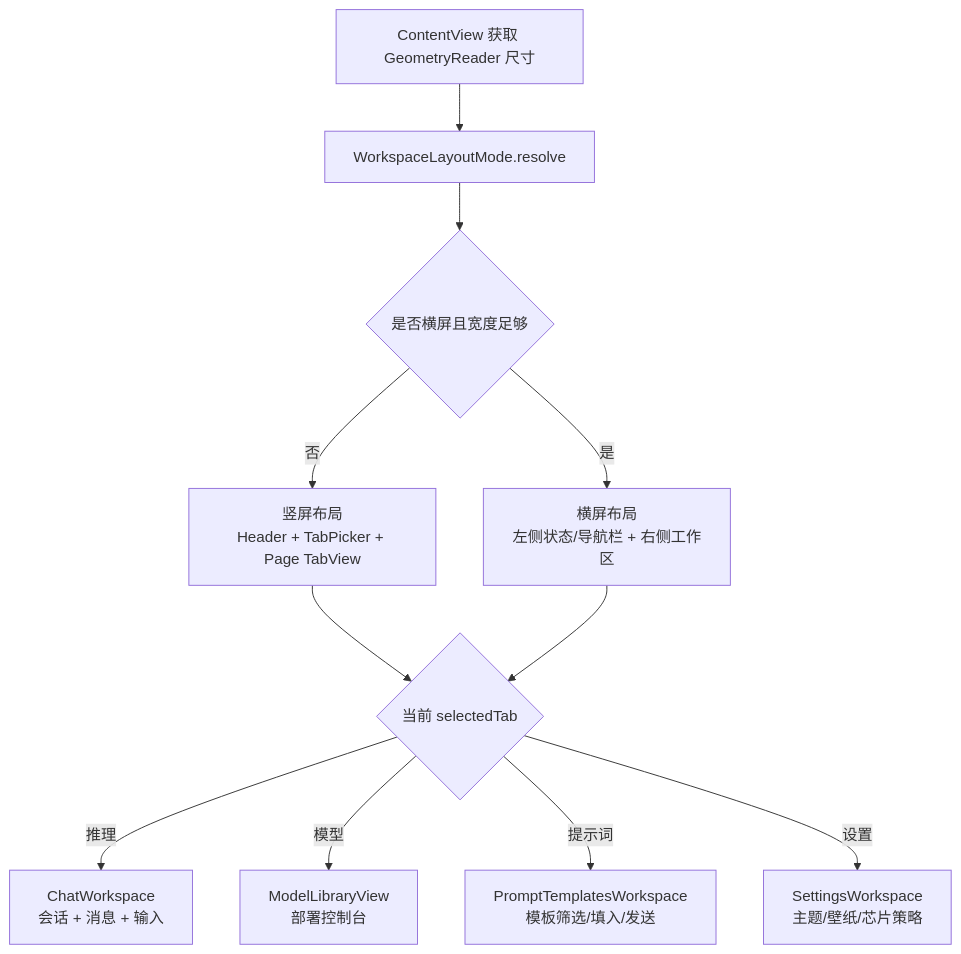
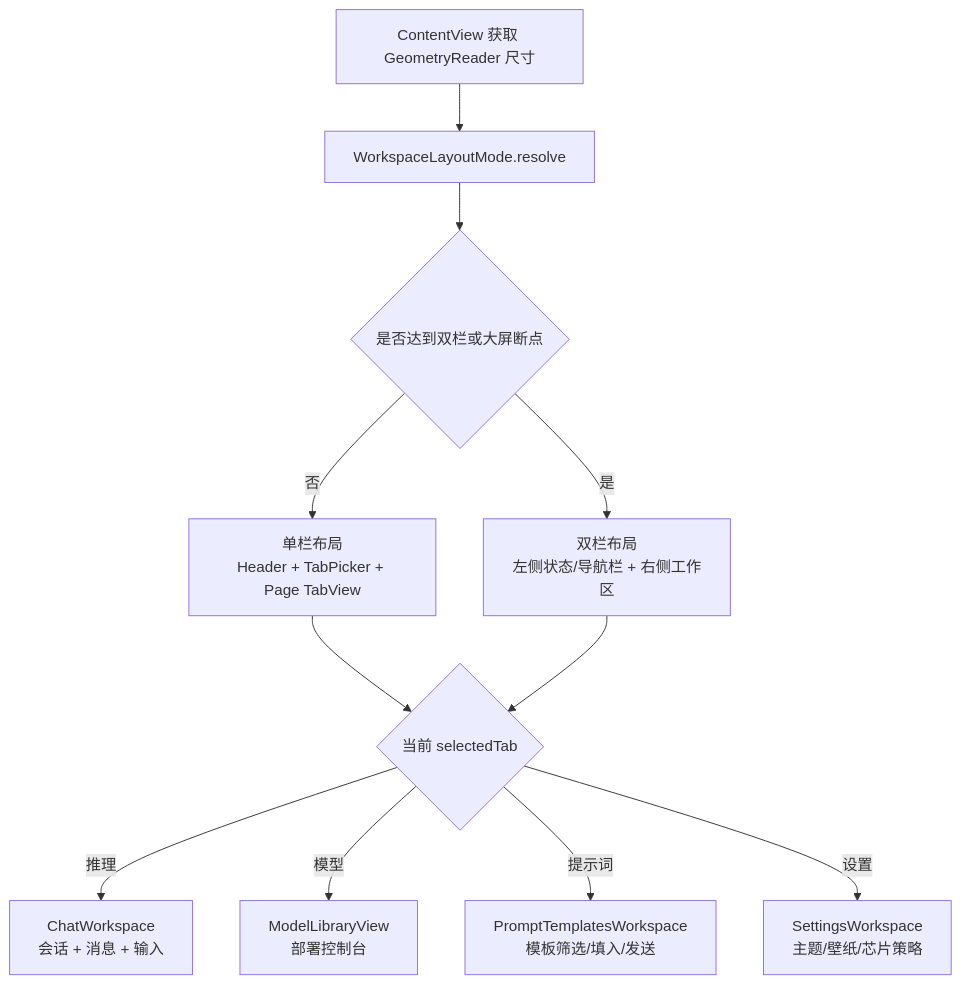
Before and after one commit to Altman-sam114/113: the fourth of 8 diagrams in md/flow/flowchart.md, drawn with Mermaid. The commit also changed other lines of this file and 10 other files, not shown here.

````diff
--- a/md/flow/flowchart.md
+++ b/md/flow/flowchart.md
@@ -68,13 +68,13 @@
 ```mermaid
 flowchart TD
     A[ContentView 获取 GeometryReader 尺寸] --> B[WorkspaceLayoutMode.resolve]
-    B --> C{是否横屏且宽度足够}
-    C -- 否 --> D[竖屏布局<br/>Header + TabPicker + Page TabView]
-    C -- 是 --> E[横屏布局<br/>左侧状态/导航栏 + 右侧工作区]
+    B --> C{是否达到双栏或大屏断点}
+    C -- 否 --> D[单栏布局<br/>Header + TabPicker + Page TabView]
+    C -- 是 --> E[双栏布局<br/>左侧状态/导航栏 + 右侧工作区]
     D --> F{当前 selectedTab}
     E --> F
     F -- 推理 --> G[ChatWorkspace<br/>会话 + 消息 + 输入]
     F -- 模型 --> H[ModelLibraryView<br/>部署控制台]
     F -- 提示词 --> I[PromptTemplatesWorkspace<br/>模板筛选/填入/发送]
     F -- 设置 --> J[SettingsWorkspace<br/>主题/壁纸/芯片策略]
 ```
````
